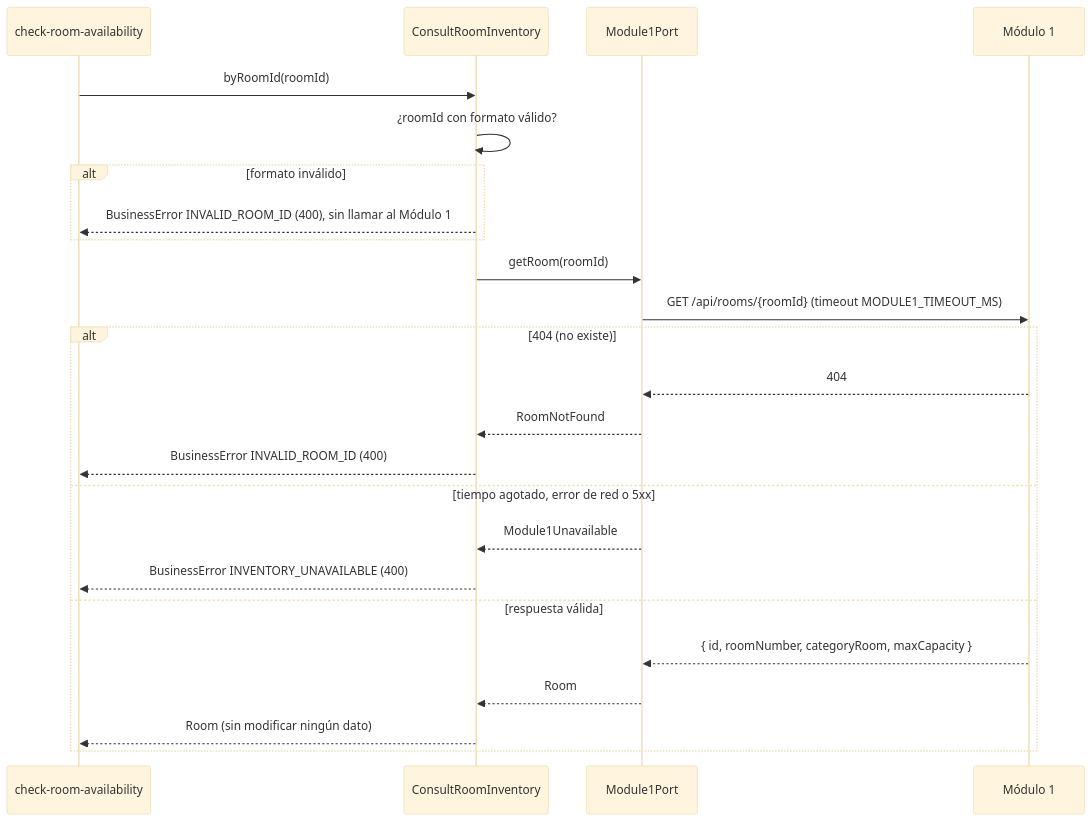
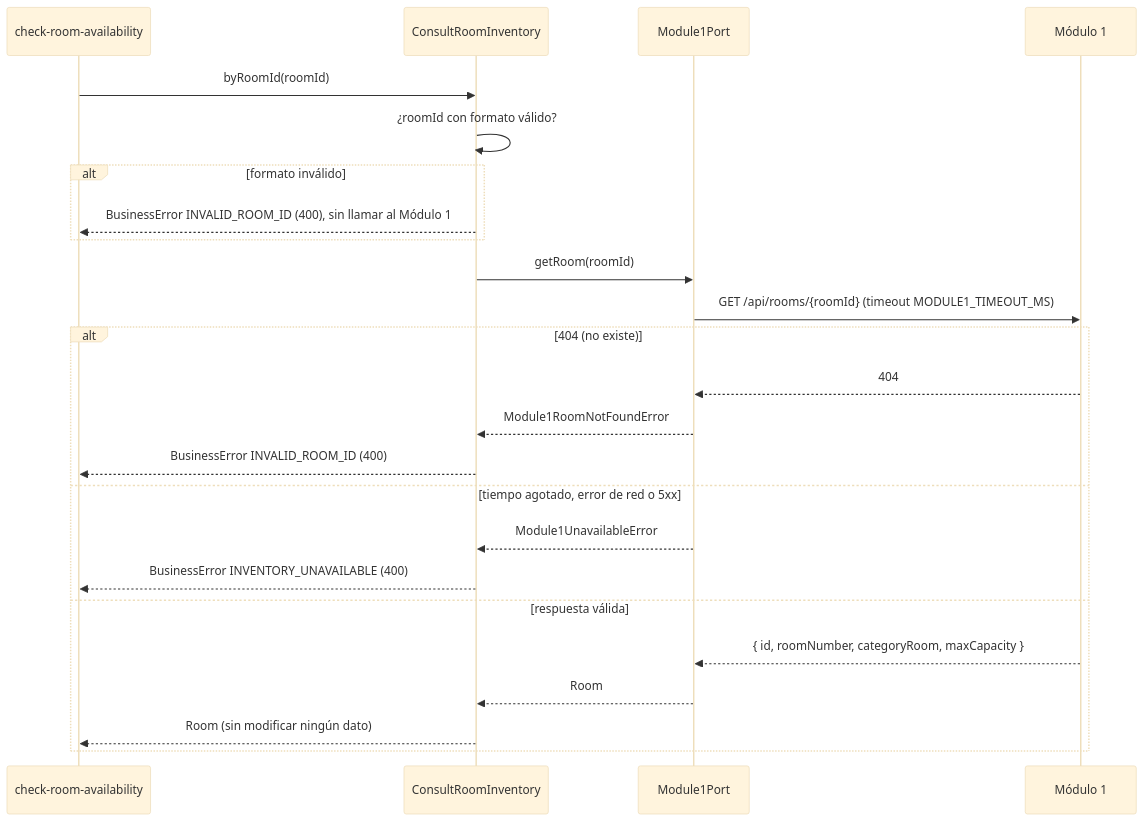
Before and after one commit to Lapicero312-lapi/HOSPITUA-MOD-2: the first of 3 diagrams in specs/consult-room-inventory/plan.md, drawn with Mermaid (base theme). The commit also changed other lines of this file, not shown here.

````diff
--- a/specs/consult-room-inventory/plan.md
+++ b/specs/consult-room-inventory/plan.md
@@ -156,27 +156,27 @@
 ```mermaid
 sequenceDiagram
     participant V as check-room-availability
     participant U as ConsultRoomInventory
     participant P as Module1Port
     participant M1 as Módulo 1
 
     V->>U: byRoomId(roomId)
     U->>U: ¿roomId con formato válido?
     alt formato inválido
         U-->>V: BusinessError INVALID_ROOM_ID (400), sin llamar al Módulo 1
     end
     U->>P: getRoom(roomId)
     P->>M1: GET /api/rooms/{roomId} (timeout MODULE1_TIMEOUT_MS)
     alt 404 (no existe)
         M1-->>P: 404
-        P-->>U: RoomNotFound
+        P-->>U: Module1RoomNotFoundError
         U-->>V: BusinessError INVALID_ROOM_ID (400)
     else tiempo agotado, error de red o 5xx
-        P-->>U: Module1Unavailable
+        P-->>U: Module1UnavailableError
         U-->>V: BusinessError INVENTORY_UNAVAILABLE (400)
     else respuesta válida
         M1-->>P: { id, roomNumber, categoryRoom, maxCapacity }
         P-->>U: Room
         U-->>V: Room (sin modificar ningún dato)
     end
 ```
````
